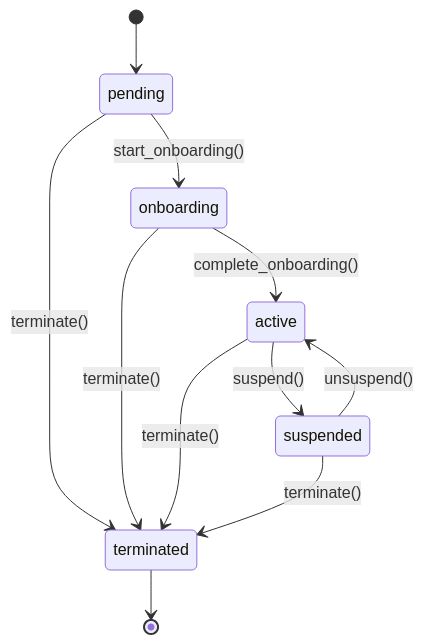
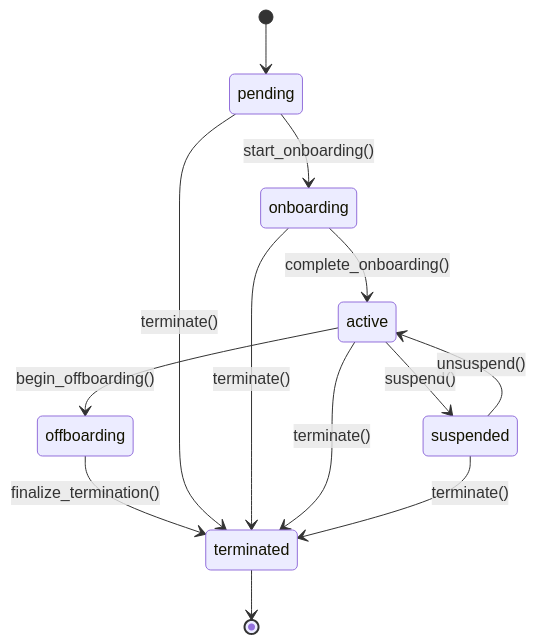
Before and after one commit to qosha1/quinn-ai: the third of 8 diagrams in STATEMACHINES.md, drawn with Mermaid. The commit also changed other lines of this file and 4 other files, not shown here.

````diff
--- a/STATEMACHINES.md
+++ b/STATEMACHINES.md
@@ -271,13 +271,15 @@
 ```mermaid
 stateDiagram-v2
     [*] --> pending
     pending --> onboarding : start_onboarding()
     onboarding --> active : complete_onboarding()
     active --> suspended : suspend()
     suspended --> active : unsuspend()
+    active --> offboarding : begin_offboarding()
+    offboarding --> terminated : finalize_termination()
     pending --> terminated : terminate()
     onboarding --> terminated : terminate()
     active --> terminated : terminate()
     suspended --> terminated : terminate()
     terminated --> [*]
 ```
````
